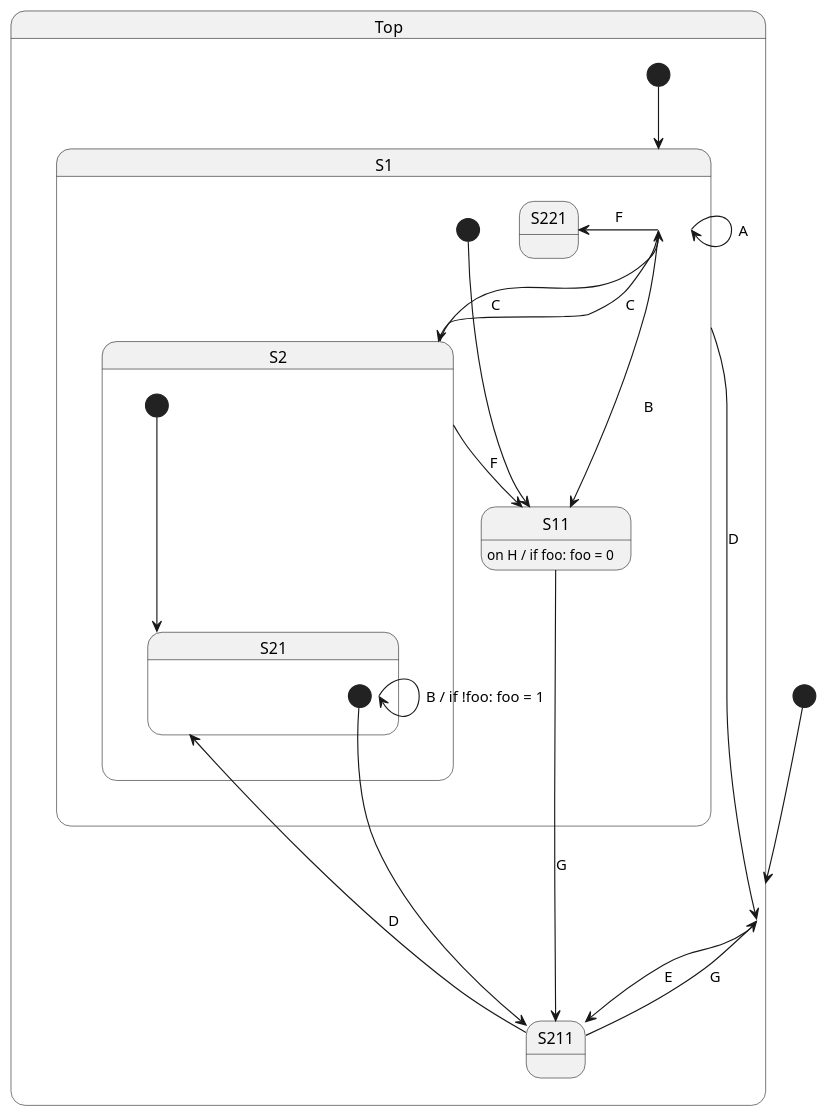
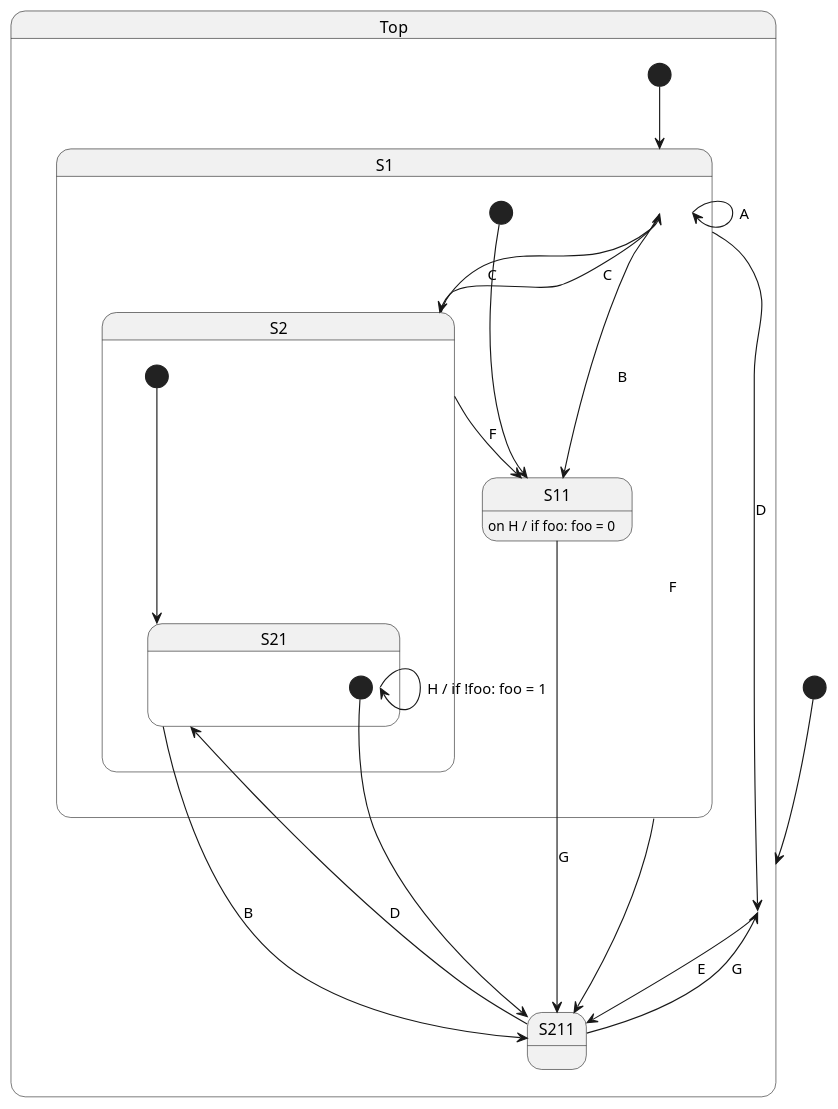
One commit to arecarn/cpp-sandbox changed the diagram in src/chsm/readme.md. Above: the diagram before and after it, drawn with PlantUML. The commit also changed 1 other file, not shown here.

Commit message:
chsm: fix bugs in readme state diagram, and modify style

````diff
--- a/src/chsm/readme.md
+++ b/src/chsm/readme.md
@@ -7,35 +7,36 @@
 ```plantuml
 [*] --> Top
 state Top {
     Top -> S211: E
     [*] --> S1
 
     state S1 {
         S1 --> S1: A
         S1 --> S11: B
         S1 --> S2: C
         S1 --> Top: D
-        S1 --> S221: F
+        S1 --> S211: F
 
         [*] ---> S11
         state S11 {
             S11: on H / if foo: foo = 0
             S11 --> S211: G
         }
     }
 
     state S2 {
         [*] ---> S21
-        S2 --> S1: C
+        S2 -u-> S1: C
         S2 --> S11: F
         state S21 {
             [*] ---> S211
-            S21 -> S21: B / if !foo: foo = 1
+            S21 --> S211: B
+            S21 --> S21: H / if !foo: foo = 1
             state S211 {
                 S211 -u-> Top: G
                 S211 -u-> S21: D
             }
         }
     }
 }
 ```
````
